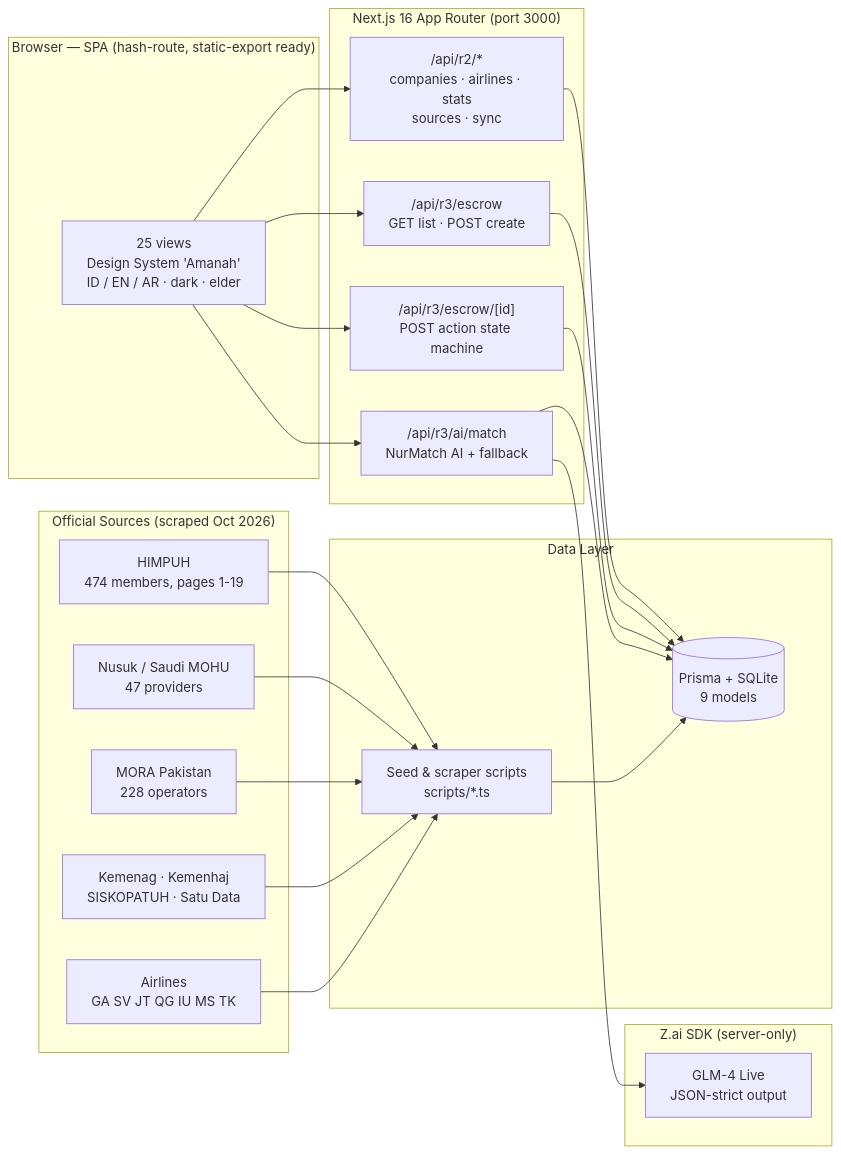
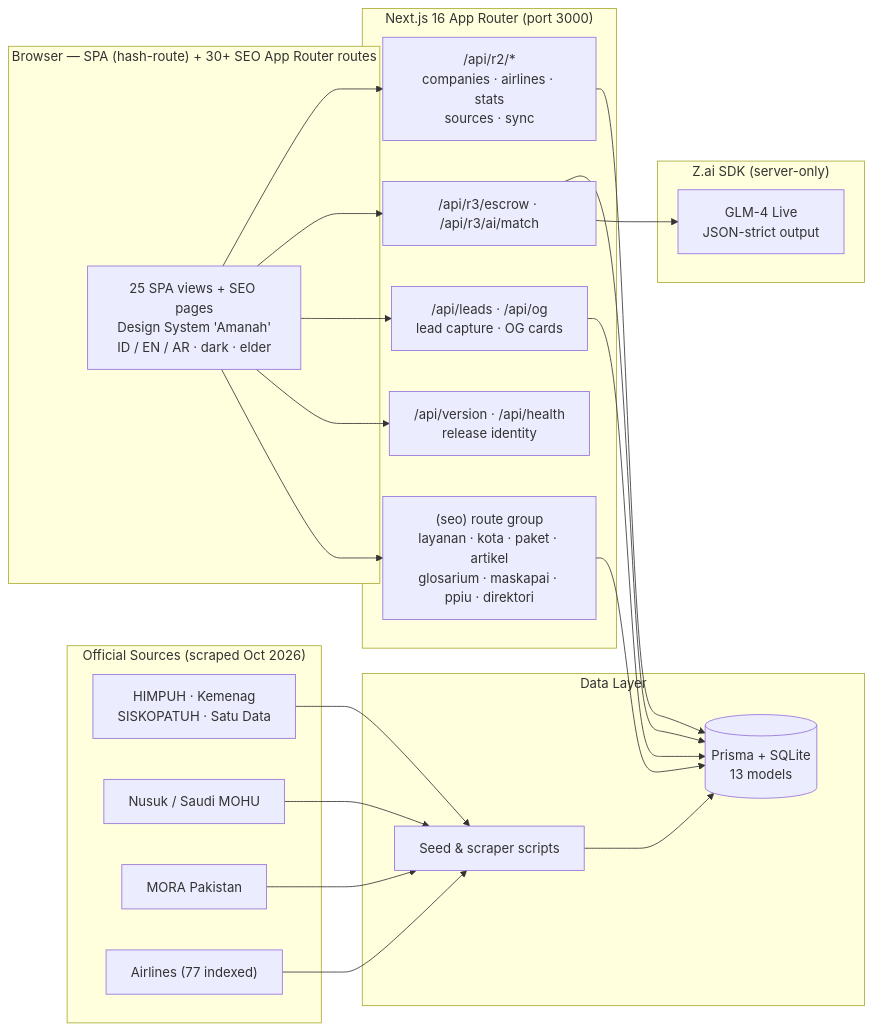
The first of 2 diagrams in README.md (gunaracorp/solusihajj), drawn with Mermaid before and after one commit. The commit also changed other lines of this file and 504 other files, not shown here.

````diff
--- a/README.md
+++ b/README.md
@@ -81,37 +107,37 @@
 ```mermaid
 flowchart LR
-    subgraph Client["Browser — SPA (hash-route, static-export ready)"]
-        UI["25 views<br/>Design System 'Amanah'<br/>ID / EN / AR · dark · elder"]
+    subgraph Client["Browser — SPA (hash-route) + 30+ SEO App Router routes"]
+        UI["25 SPA views + SEO pages<br/>Design System 'Amanah'<br/>ID / EN / AR · dark · elder"]
     end
 
     subgraph Next["Next.js 16 App Router (port 3000)"]
         API1["/api/r2/*<br/>companies · airlines · stats<br/>sources · sync"]
-        API2["/api/r3/escrow<br/>GET list · POST create"]
-        API3["/api/r3/escrow/[id]<br/>POST action state machine"]
-        API4["/api/r3/ai/match<br/>NurMatch AI + fallback"]
+        API2["/api/r3/escrow · /api/r3/ai/match"]
+        API3["/api/leads · /api/og<br/>lead capture · OG cards"]
+        API4["/api/version · /api/health<br/>release identity"]
+        SEO["(seo) route group<br/>layanan · kota · paket · artikel<br/>glosarium · maskapai · ppiu · direktori"]
     end
 
     subgraph Data["Data Layer"]
-        DB[("Prisma + SQLite<br/>9 models")]
-        SEED["Seed & scraper scripts<br/>scripts/*.ts"]
+        DB[("Prisma + SQLite<br/>13 models")]
+        SEED["Seed & scraper scripts"]
     end
 
     subgraph Sources["Official Sources (scraped Oct 2026)"]
-        H["HIMPUH<br/>474 members, pages 1-19"]
-        N["Nusuk / Saudi MOHU<br/>47 providers"]
-        P["MORA Pakistan<br/>228 operators"]
-        K["Kemenag · Kemenhaj<br/>SISKOPATUH · Satu Data"]
-        A["Airlines<br/>GA SV JT QG IU MS TK"]
+        H["HIMPUH · Kemenag<br/>SISKOPATUH · Satu Data"]
+        N["Nusuk / Saudi MOHU"]
+        P["MORA Pakistan"]
+        A["Airlines (77 indexed)"]
     end
 
     subgraph AI["Z.ai SDK (server-only)"]
         LLM["GLM-4 Live<br/>JSON-strict output"]
     end
 
     UI --> API1 & API2 & API3 & API4
-    API1 & API2 & API3 --> DB
-    API4 --> DB
-    API4 --> LLM
+    UI --> SEO
+    SEO & API1 & API2 & API3 --> DB
+    API2 --> LLM
     SEED --> DB
-    H & N & P & K & A --> SEED
+    H & N & P & A --> SEED
 ```
````
